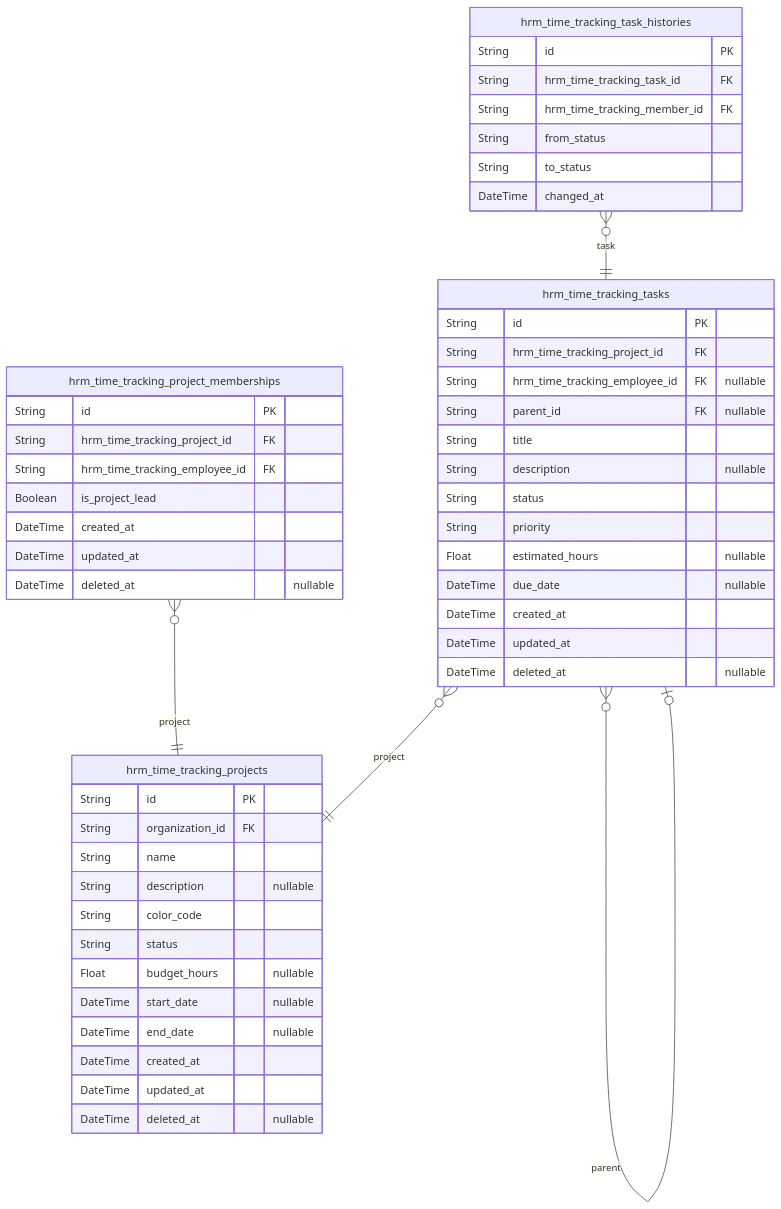
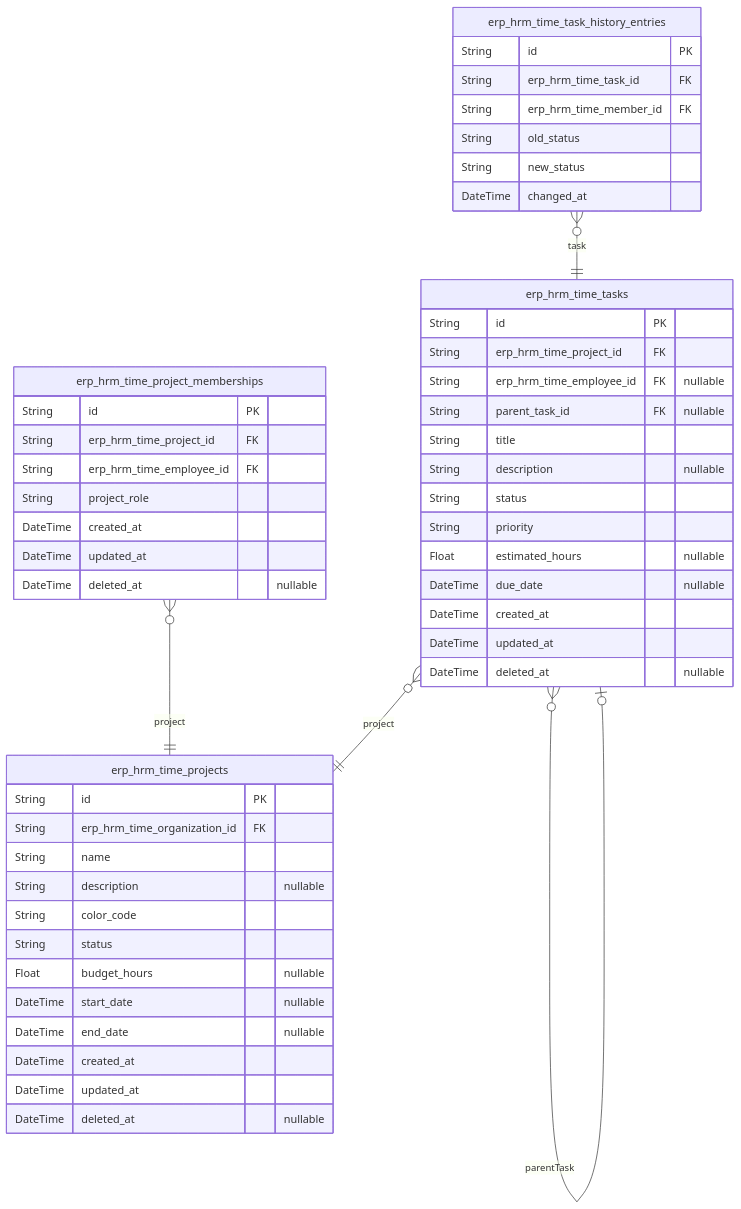
Before and after one commit to wrtnlabs/autobe-examples: the sixth of 9 diagrams in openai/gpt-5.4-mini/erp/docs/ERD.md, drawn with Mermaid. The commit also changed other lines of this file and 9017 other files, not shown here.

````diff
--- a/openai/gpt-5.4-mini/erp/docs/ERD.md
+++ b/openai/gpt-5.4-mini/erp/docs/ERD.md
@@ -675,53 +580,53 @@
 ```mermaid
 erDiagram
-"hrm_time_tracking_projects" {
+"erp_hrm_time_projects" {
   String id PK
-  String organization_id FK
+  String erp_hrm_time_organization_id FK
   String name
   String description "nullable"
   String color_code
   String status
   Float budget_hours "nullable"
   DateTime start_date "nullable"
   DateTime end_date "nullable"
   DateTime created_at
   DateTime updated_at
   DateTime deleted_at "nullable"
 }
-"hrm_time_tracking_project_memberships" {
+"erp_hrm_time_project_memberships" {
   String id PK
-  String hrm_time_tracking_project_id FK
-  String hrm_time_tracking_employee_id FK
-  Boolean is_project_lead
+  String erp_hrm_time_project_id FK
+  String erp_hrm_time_employee_id FK
+  String project_role
   DateTime created_at
   DateTime updated_at
   DateTime deleted_at "nullable"
 }
-"hrm_time_tracking_tasks" {
+"erp_hrm_time_tasks" {
   String id PK
-  String hrm_time_tracking_project_id FK
-  String hrm_time_tracking_employee_id FK "nullable"
-  String parent_id FK "nullable"
+  String erp_hrm_time_project_id FK
+  String erp_hrm_time_employee_id FK "nullable"
+  String parent_task_id FK "nullable"
   String title
   String description "nullable"
   String status
   String priority
   Float estimated_hours "nullable"
   DateTime due_date "nullable"
   DateTime created_at
   DateTime updated_at
   DateTime deleted_at "nullable"
 }
-"hrm_time_tracking_task_histories" {
+"erp_hrm_time_task_history_entries" {
   String id PK
-  String hrm_time_tracking_task_id FK
-  String hrm_time_tracking_member_id FK
-  String from_status
-  String to_status
+  String erp_hrm_time_task_id FK
+  String erp_hrm_time_member_id FK
+  String old_status
+  String new_status
   DateTime changed_at
 }
-"hrm_time_tracking_project_memberships" }o--|| "hrm_time_tracking_projects" : project
-"hrm_time_tracking_tasks" }o--|| "hrm_time_tracking_projects" : project
-"hrm_time_tracking_tasks" }o--o| "hrm_time_tracking_tasks" : parent
-"hrm_time_tracking_task_histories" }o--|| "hrm_time_tracking_tasks" : task
+"erp_hrm_time_project_memberships" }o--|| "erp_hrm_time_projects" : project
+"erp_hrm_time_tasks" }o--|| "erp_hrm_time_projects" : project
+"erp_hrm_time_tasks" }o--o| "erp_hrm_time_tasks" : parentTask
+"erp_hrm_time_task_history_entries" }o--|| "erp_hrm_time_tasks" : task
 ```
````
